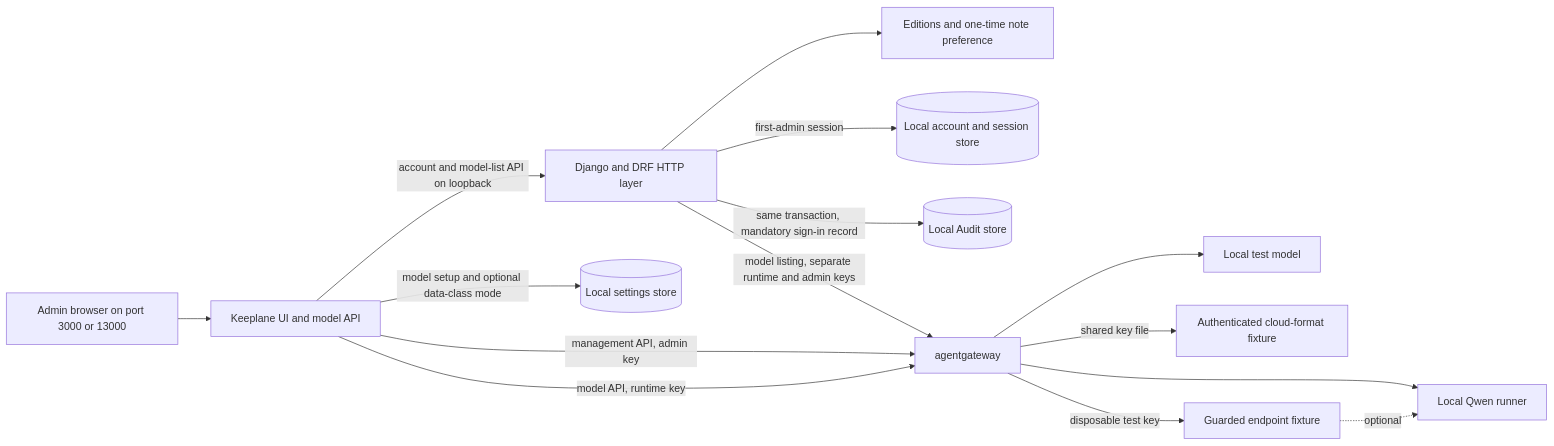
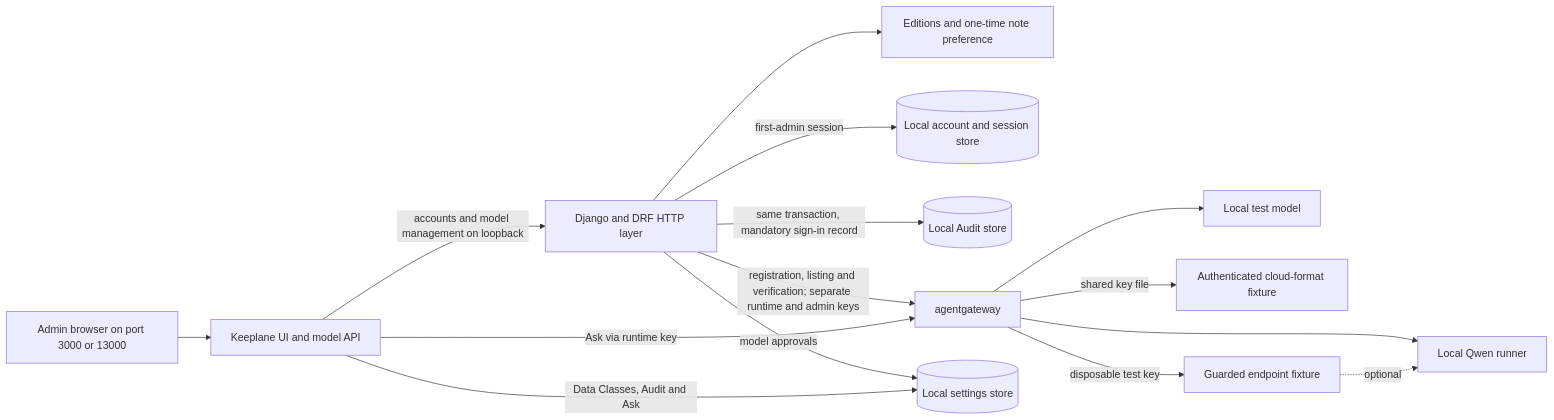
One commit to OsamaFelFel/keeplane changed the diagram in docs/architecture/local-preview.md. Above: the diagram before and after it, drawn with Mermaid. The commit also changed other lines of this file and 10 other files, not shown here.

Commit message:
feat(control-plane): move model management writes into Django

````diff
--- a/docs/architecture/local-preview.md
+++ b/docs/architecture/local-preview.md
@@ -7,17 +7,17 @@
 ```mermaid
 flowchart LR
   Browser[Admin browser on port 3000 or 13000] --> App[Keeplane UI and model API]
-  App -->|account and model-list API on loopback| Django[Django and DRF HTTP layer]
+  App -->|accounts and model management on loopback| Django[Django and DRF HTTP layer]
   Django --> Editions[Editions and one-time note preference]
   Django -->|first-admin session| Accounts[(Local account and session store)]
   Django -->|same transaction, mandatory sign-in record| Audit[(Local Audit store)]
-  Django -->|model listing, separate runtime and admin keys| Gateway[agentgateway]
-  App -->|model setup and optional data-class mode| Settings[(Local settings store)]
-  App -->|management API, admin key| Gateway[agentgateway]
-  App -->|model API, runtime key| Gateway
+  Django -->|registration, listing and verification; separate runtime and admin keys| Gateway[agentgateway]
+  Django -->|model approvals| Settings[(Local settings store)]
+  App -->|Data Classes, Audit and Ask| Settings
+  App -->|Ask via runtime key| Gateway
   Gateway --> Fixture[Local test model]
   Gateway --> Qwen[Local Qwen runner]
   Gateway -->|shared key file| Cloud[Authenticated cloud-format fixture]
   Gateway -->|disposable test key| Guarded[Guarded endpoint fixture]
   Guarded -. optional .-> Qwen
 ```
````
